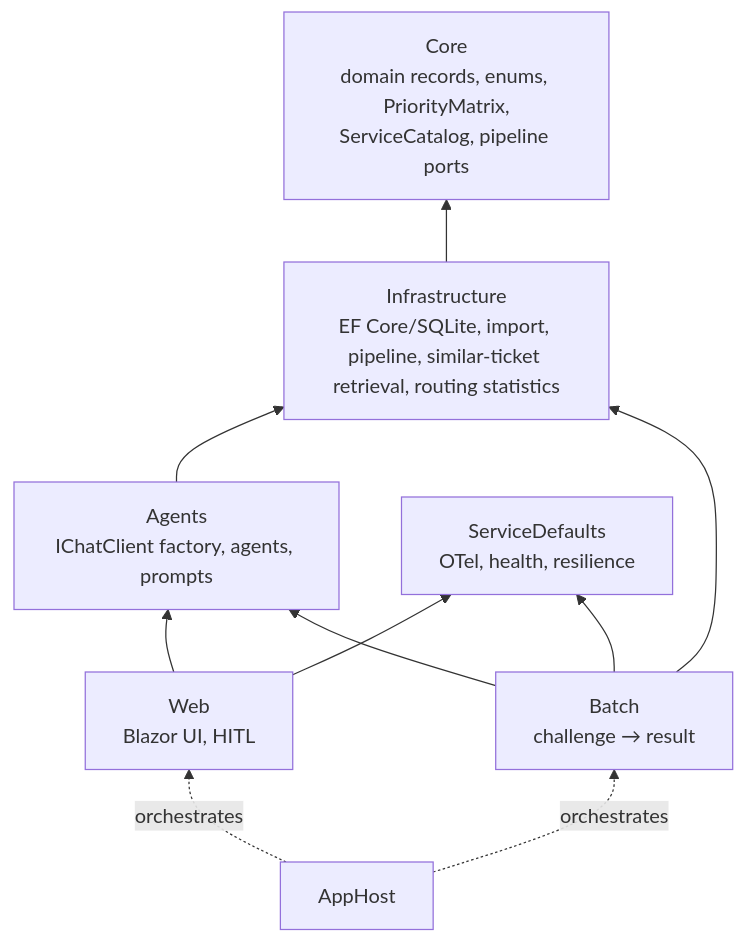
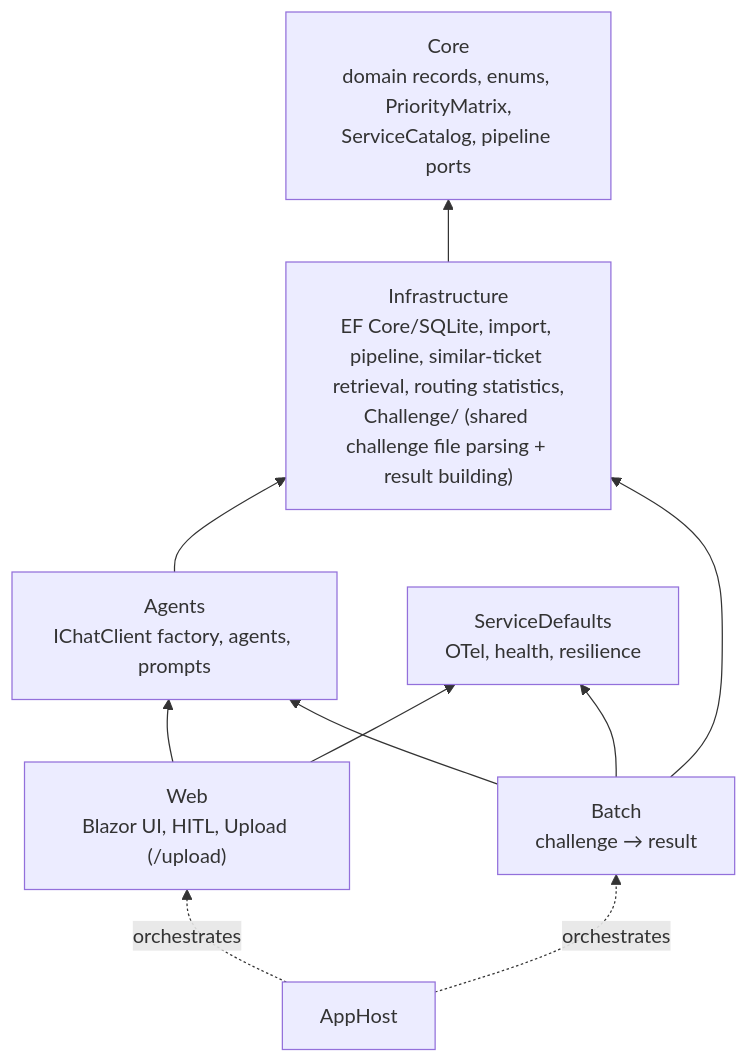
Before and after one commit to githubfawu/TriAIge: the second of 8 diagrams in docs/architecture.md, drawn with Mermaid. The commit also changed other lines of this file and 29 other files, not shown here.

````diff
--- a/docs/architecture.md
+++ b/docs/architecture.md
@@ -40,20 +40,20 @@
 ```mermaid
 flowchart BT
     core["Core<br/>domain records, enums, PriorityMatrix,<br/>ServiceCatalog, pipeline ports"]
-    infra["Infrastructure<br/>EF Core/SQLite, import, pipeline, similar-ticket retrieval, routing statistics"]
+    infra["Infrastructure<br/>EF Core/SQLite, import, pipeline, similar-ticket retrieval, routing statistics,<br/>Challenge/ (shared challenge file parsing + result building)"]
     agents["Agents<br/>IChatClient factory, agents, prompts"]
-    web["Web<br/>Blazor UI, HITL"]
+    web["Web<br/>Blazor UI, HITL, Upload (/upload)"]
     batch["Batch<br/>challenge → result"]
     sd["ServiceDefaults<br/>OTel, health, resilience"]
     host["AppHost"]
 
     infra --> core
     agents --> infra
     web --> agents
     batch --> agents
     batch --> infra
     web --> sd
     batch --> sd
     host -. orchestrates .-> web
     host -. orchestrates .-> batch
 ```
````
